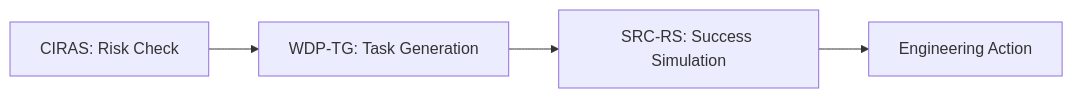
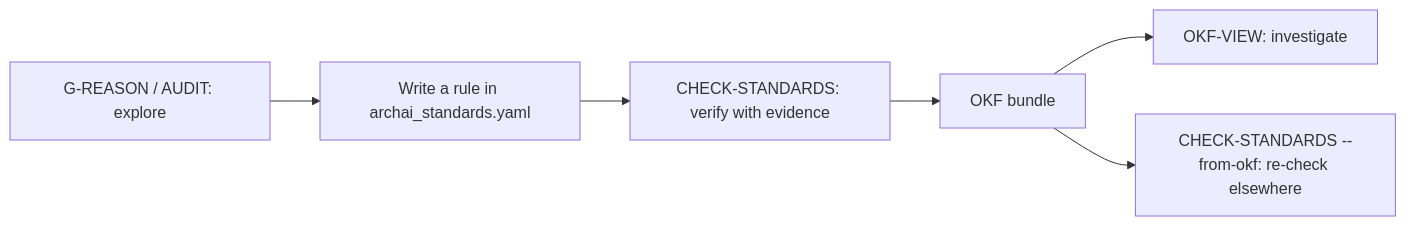
The diagram in docs/tutorials/chaining_workflows.md (Hami0095/ai-architecture), drawn with Mermaid before and after one commit. The commit also changed other lines of this file and 8 other files, not shown here.

````diff
--- a/docs/tutorials/chaining_workflows.md
+++ b/docs/tutorials/chaining_workflows.md
@@ -9,6 +7,8 @@
 ```mermaid
 graph LR
-  CIRAS[CIRAS: Risk Check] --> WDPTG[WDP-TG: Task Generation]
-  WDPTG --> SRCRS[SRC-RS: Success Simulation]
-  SRCRS --> Action[Engineering Action]
+  Q[G-REASON / AUDIT: explore] --> R[Write a rule in archai_standards.yaml]
+  R --> C[CHECK-STANDARDS: verify with evidence]
+  C --> B[OKF bundle]
+  B --> V[OKF-VIEW: investigate]
+  B --> X[CHECK-STANDARDS --from-okf: re-check elsewhere]
 ```
````
